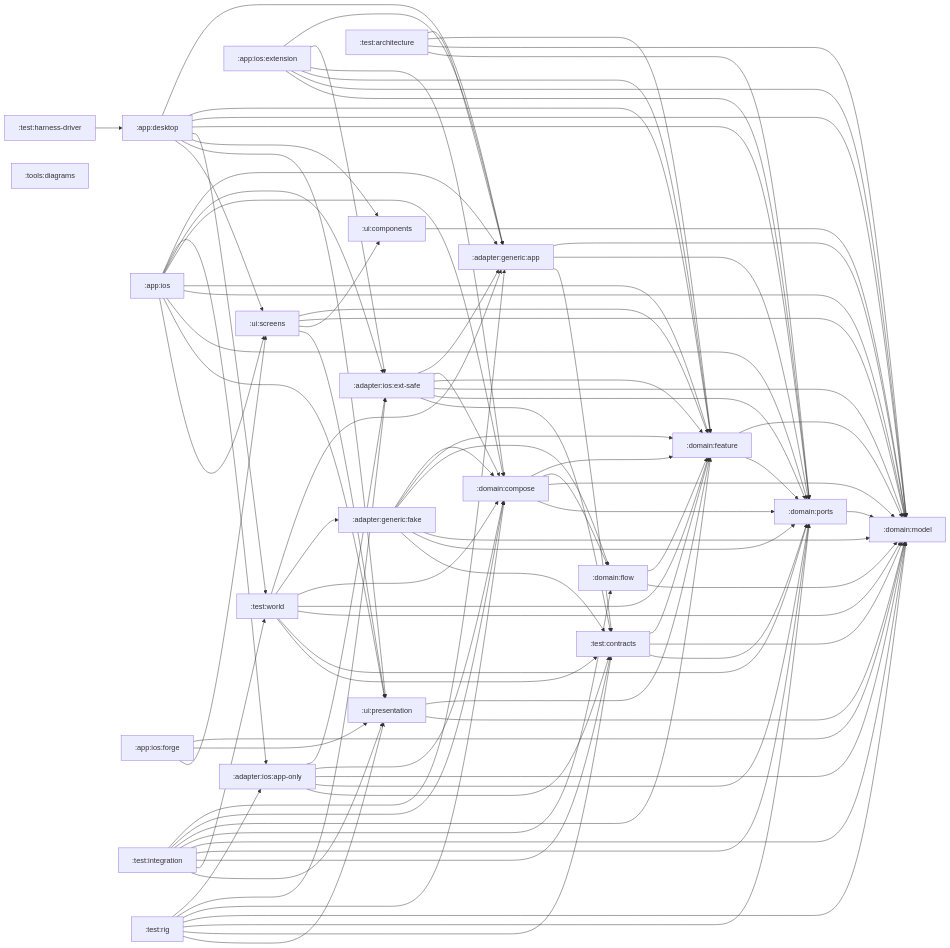
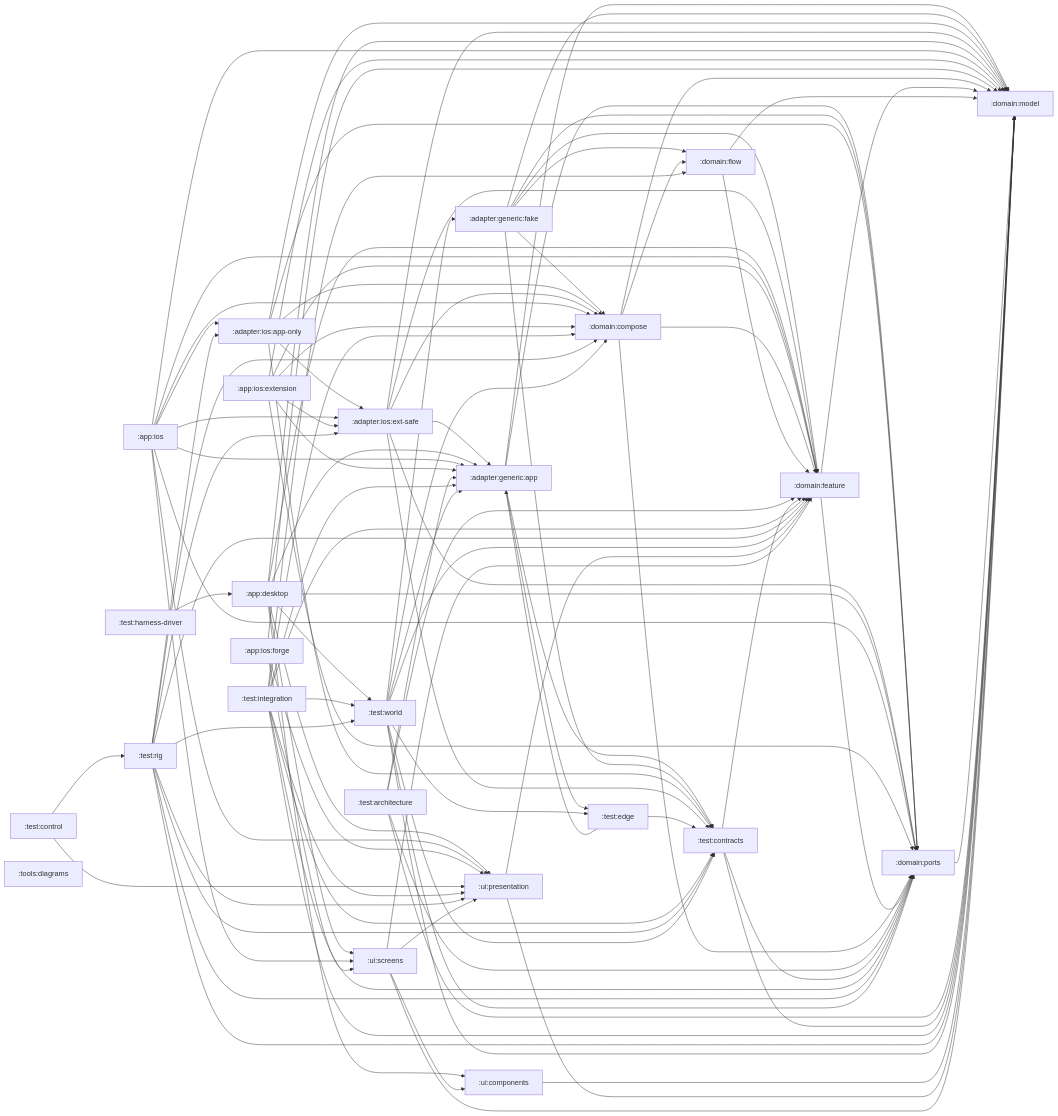
Before and after one commit to stefanhoelzl/SnapSync: the diagram in architecture/modules.md, drawn with Mermaid. The commit also changed 16 other files, not shown here.

First line of the commit message:
internal(architecture-guards): gate the control channel's loopback bind; docs for the JVM host

```diff
--- a/architecture/modules.md
+++ b/architecture/modules.md
@@ -24,6 +24,8 @@
   domain_ports[":domain:ports"]
   test_architecture[":test:architecture"]
   test_contracts[":test:contracts"]
+  test_control[":test:control"]
+  test_edge[":test:edge"]
   test_harness_driver[":test:harness-driver"]
   test_integration[":test:integration"]
   test_rig[":test:rig"]
@@ -35,6 +37,7 @@
   adapter_generic_app --> domain_model
   adapter_generic_app --> domain_ports
   adapter_generic_app --> test_contracts
+  adapter_generic_app --> test_edge
   adapter_generic_fake --> domain_compose
   adapter_generic_fake --> domain_feature
   adapter_generic_fake --> domain_flow
@@ -94,6 +97,10 @@
   test_contracts --> domain_feature
   test_contracts --> domain_model
   test_contracts --> domain_ports
+  test_control --> test_rig
+  test_control --> ui_presentation
+  test_edge --> adapter_generic_app
+  test_edge --> test_contracts
   test_harness_driver --> app_desktop
   test_integration --> adapter_generic_app
   test_integration --> domain_compose
@@ -107,9 +114,11 @@
   test_rig --> adapter_ios_app_only
   test_rig --> adapter_ios_ext_safe
   test_rig --> domain_compose
+  test_rig --> domain_feature
   test_rig --> domain_model
   test_rig --> domain_ports
   test_rig --> test_contracts
+  test_rig --> test_world
   test_rig --> ui_presentation
   test_world --> adapter_generic_app
   test_world --> adapter_generic_fake
@@ -118,6 +127,7 @@
   test_world --> domain_model
   test_world --> domain_ports
   test_world --> test_contracts
+  test_world --> test_edge
   ui_components --> domain_model
   ui_presentation --> domain_feature
   ui_presentation --> domain_model
```
